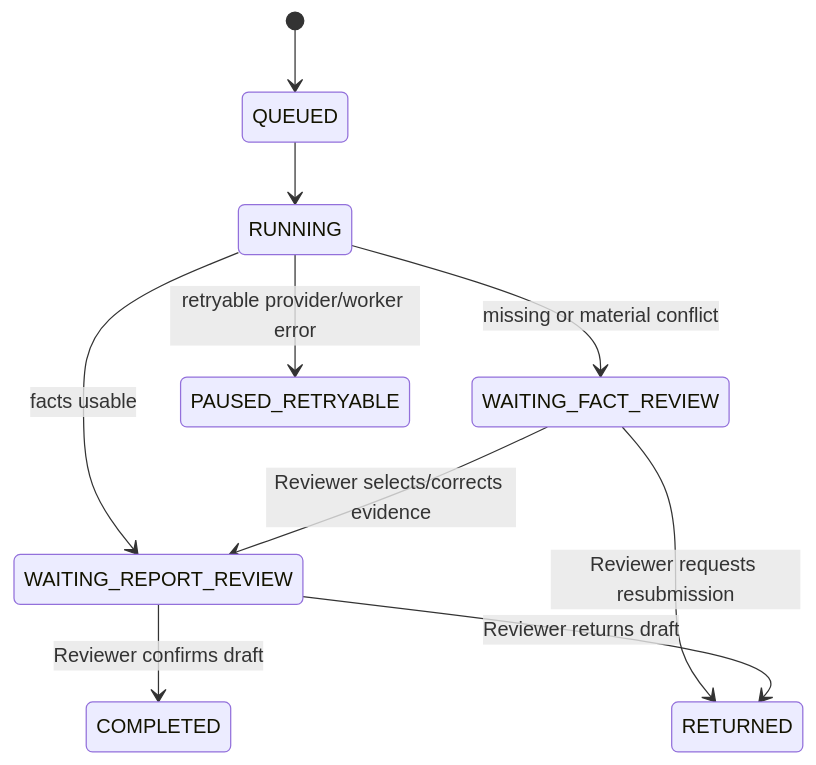
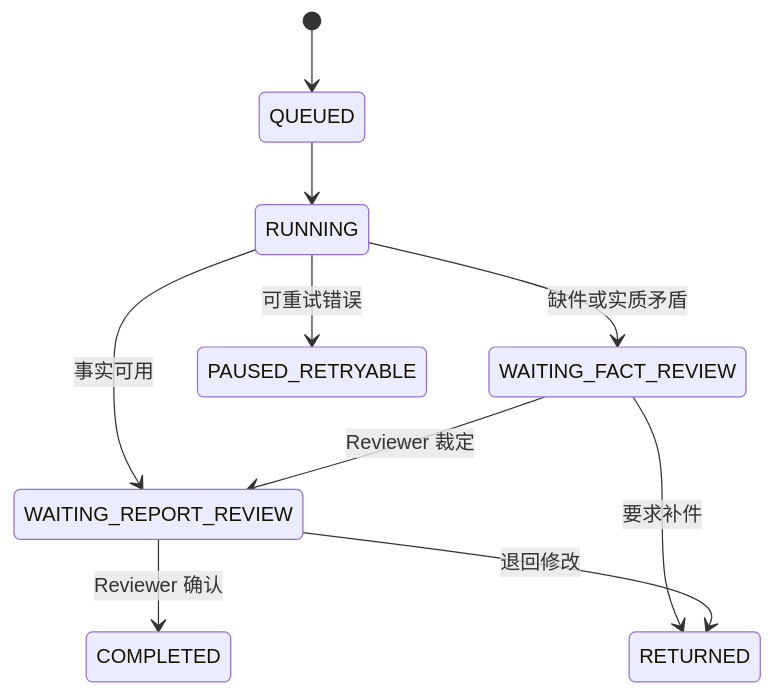
Before and after one commit to silasxlx/creditguard-ai: the second of 2 diagrams in docs/architecture.md, drawn with Mermaid. The commit also changed other lines of this file and 216 other files, not shown here.

````diff
--- a/docs/architecture.md
+++ b/docs/architecture.md
@@ -31,12 +29,12 @@
 ```mermaid
 stateDiagram-v2
   [*] --> QUEUED
   QUEUED --> RUNNING
-  RUNNING --> WAITING_FACT_REVIEW: missing or material conflict
-  RUNNING --> WAITING_REPORT_REVIEW: facts usable
-  WAITING_FACT_REVIEW --> WAITING_REPORT_REVIEW: Reviewer selects/corrects evidence
-  WAITING_FACT_REVIEW --> RETURNED: Reviewer requests resubmission
-  WAITING_REPORT_REVIEW --> COMPLETED: Reviewer confirms draft
-  WAITING_REPORT_REVIEW --> RETURNED: Reviewer returns draft
-  RUNNING --> PAUSED_RETRYABLE: retryable provider/worker error
+  RUNNING --> WAITING_FACT_REVIEW: 缺件或实质矛盾
+  RUNNING --> WAITING_REPORT_REVIEW: 事实可用
+  WAITING_FACT_REVIEW --> WAITING_REPORT_REVIEW: Reviewer 裁定
+  WAITING_FACT_REVIEW --> RETURNED: 要求补件
+  WAITING_REPORT_REVIEW --> COMPLETED: Reviewer 确认
+  WAITING_REPORT_REVIEW --> RETURNED: 退回修改
+  RUNNING --> PAUSED_RETRYABLE: 可重试错误
 ```
````
